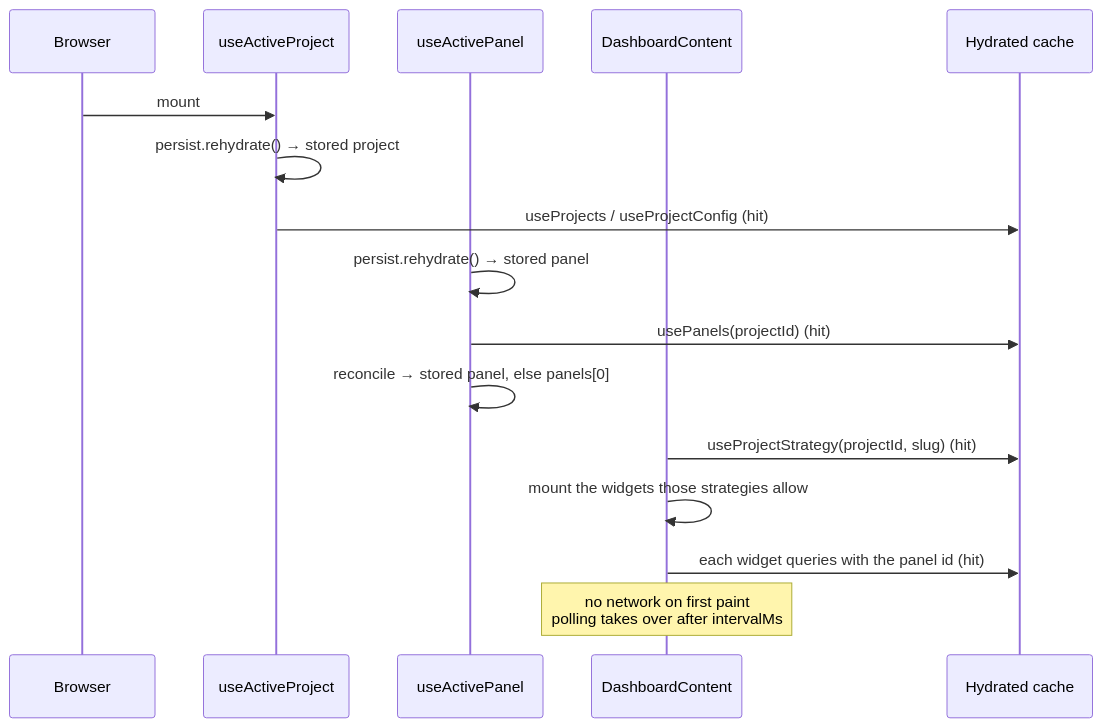
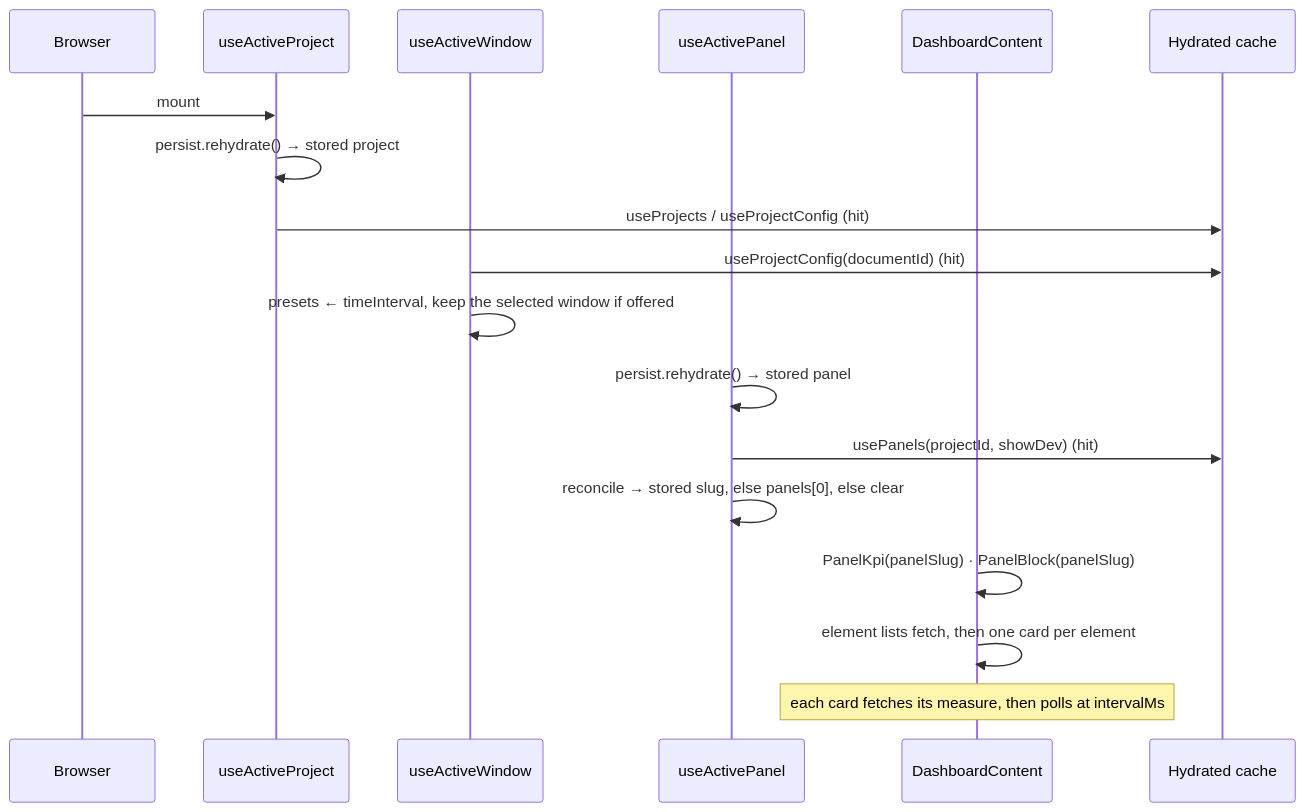
The fifth of 11 diagrams in apps/docs-site/docs/data-flow.md (webteamuxco/dashboard-monitor), drawn with Mermaid before and after one commit. The commit also changed other lines of this file and 10 other files, not shown here.

````diff
--- a/apps/docs-site/docs/data-flow.md
+++ b/apps/docs-site/docs/data-flow.md
@@ -169,19 +136,21 @@
 ```mermaid
 sequenceDiagram
     participant B as Browser
     participant Active as useActiveProject
+    participant Win as useActiveWindow
     participant ActiveP as useActivePanel
     participant Content as DashboardContent
     participant TQ as Hydrated cache
 
     B->>Active: mount
     Active->>Active: persist.rehydrate() → stored project
     Active->>TQ: useProjects / useProjectConfig (hit)
+    Win->>TQ: useProjectConfig(documentId) (hit)
+    Win->>Win: presets ← timeInterval, keep the selected window if offered
     ActiveP->>ActiveP: persist.rehydrate() → stored panel
-    ActiveP->>TQ: usePanels(projectId) (hit)
-    ActiveP->>ActiveP: reconcile → stored panel, else panels[0]
-    Content->>TQ: useProjectStrategy(projectId, slug) (hit)
-    Content->>Content: mount the widgets those strategies allow
-    Content->>TQ: each widget queries with the panel id (hit)
-    Note over Content: no network on first paint<br/>polling takes over after intervalMs
+    ActiveP->>TQ: usePanels(projectId, showDev) (hit)
+    ActiveP->>ActiveP: reconcile → stored slug, else panels[0], else clear
+    Content->>Content: PanelKpi(panelSlug) · PanelBlock(panelSlug)
+    Content->>Content: element lists fetch, then one card per element
+    Note over Content: each card fetches its measure, then polls at intervalMs
 ```
````
